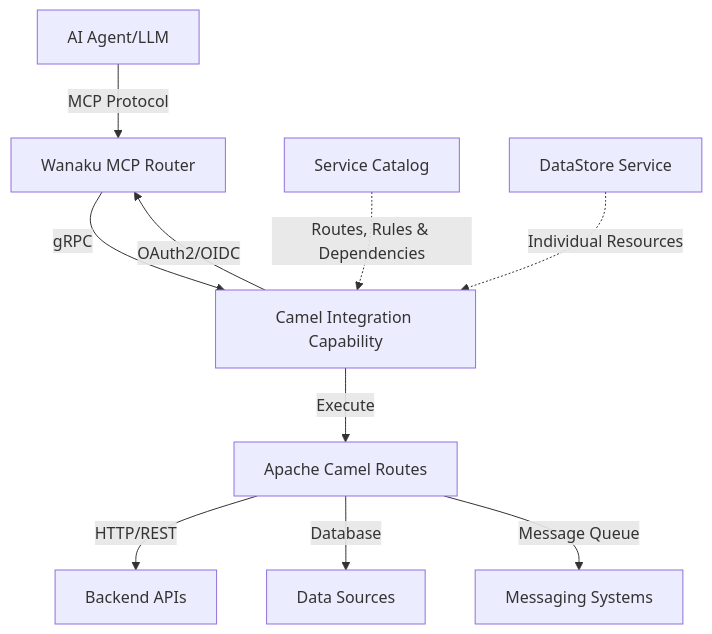
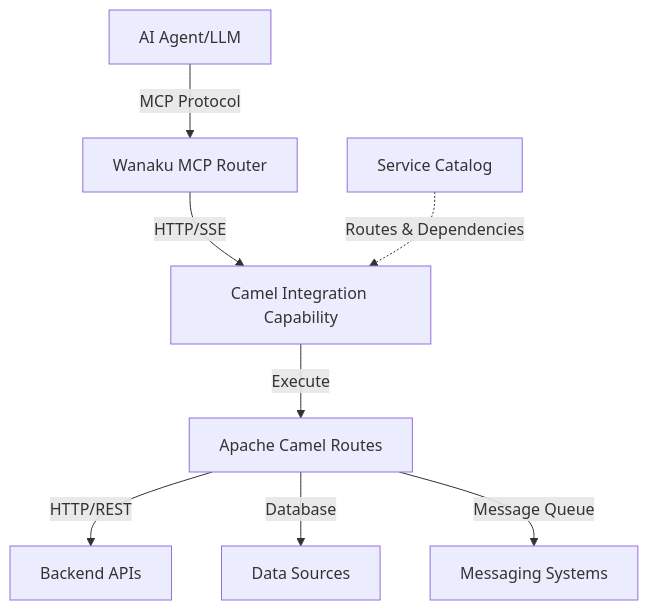
The diagram in README.md (wanaku-ai/camel-integration-capability), drawn with Mermaid before and after one commit. The commit also changed other lines of this file and 35 other files, not shown here.

````diff
--- a/README.md
+++ b/README.md
@@ -41,13 +31,11 @@
 ```mermaid
 graph TB
     A[AI Agent/LLM] -->|MCP Protocol| B[Wanaku MCP Router]
-    B -->|gRPC| C[Camel Integration Capability]
-    C -->|OAuth2/OIDC| B
+    B -->|HTTP/SSE| C[Camel Integration Capability]
     C -->|Execute| E[Apache Camel Routes]
     E -->|HTTP/REST| F[Backend APIs]
     E -->|Database| G[Data Sources]
     E -->|Message Queue| H[Messaging Systems]
 
-    I[Service Catalog] -.->|Routes, Rules & Dependencies| C
-    J[DataStore Service] -.->|Individual Resources| C
+    I[Service Catalog] -.->|Routes & Dependencies| C
 ```
````
